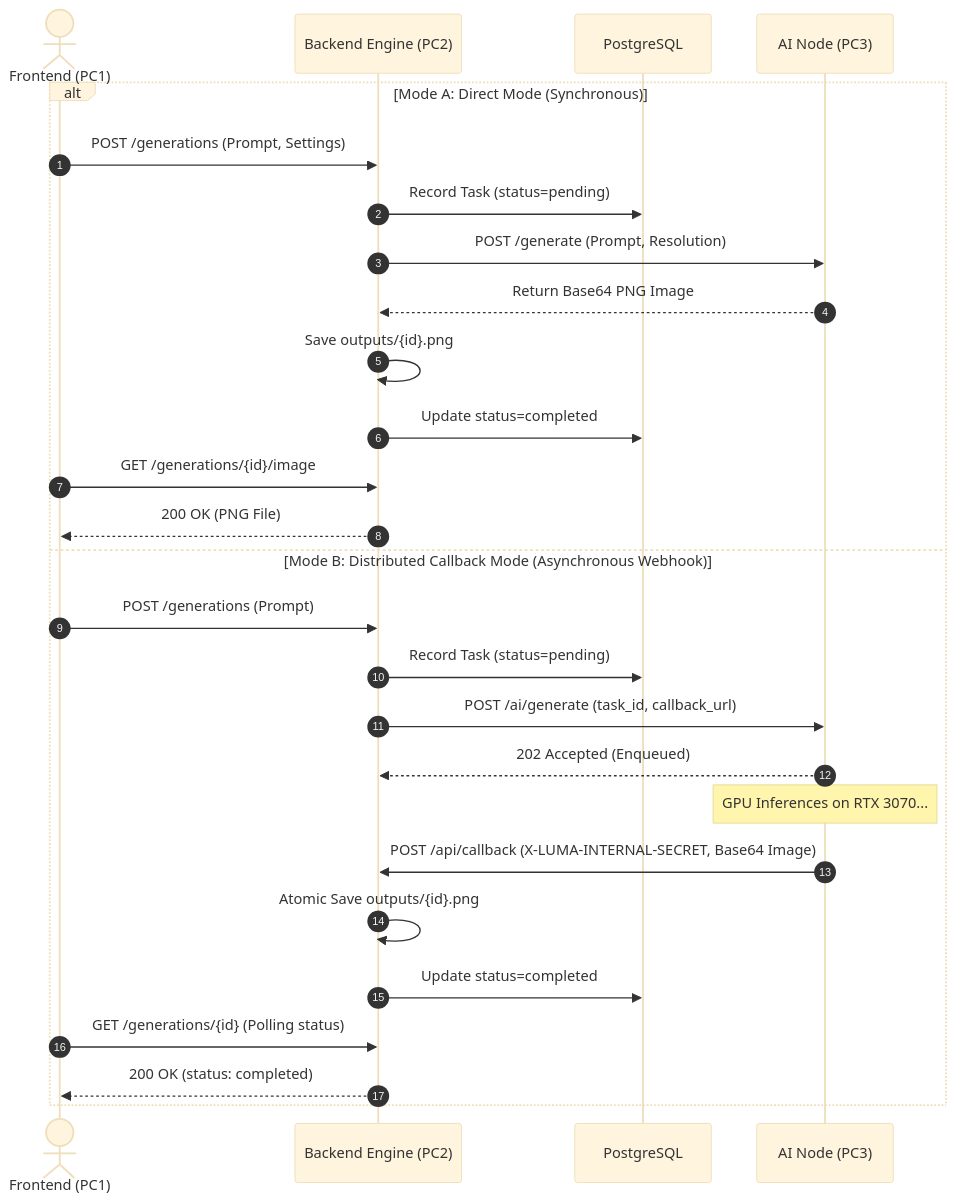
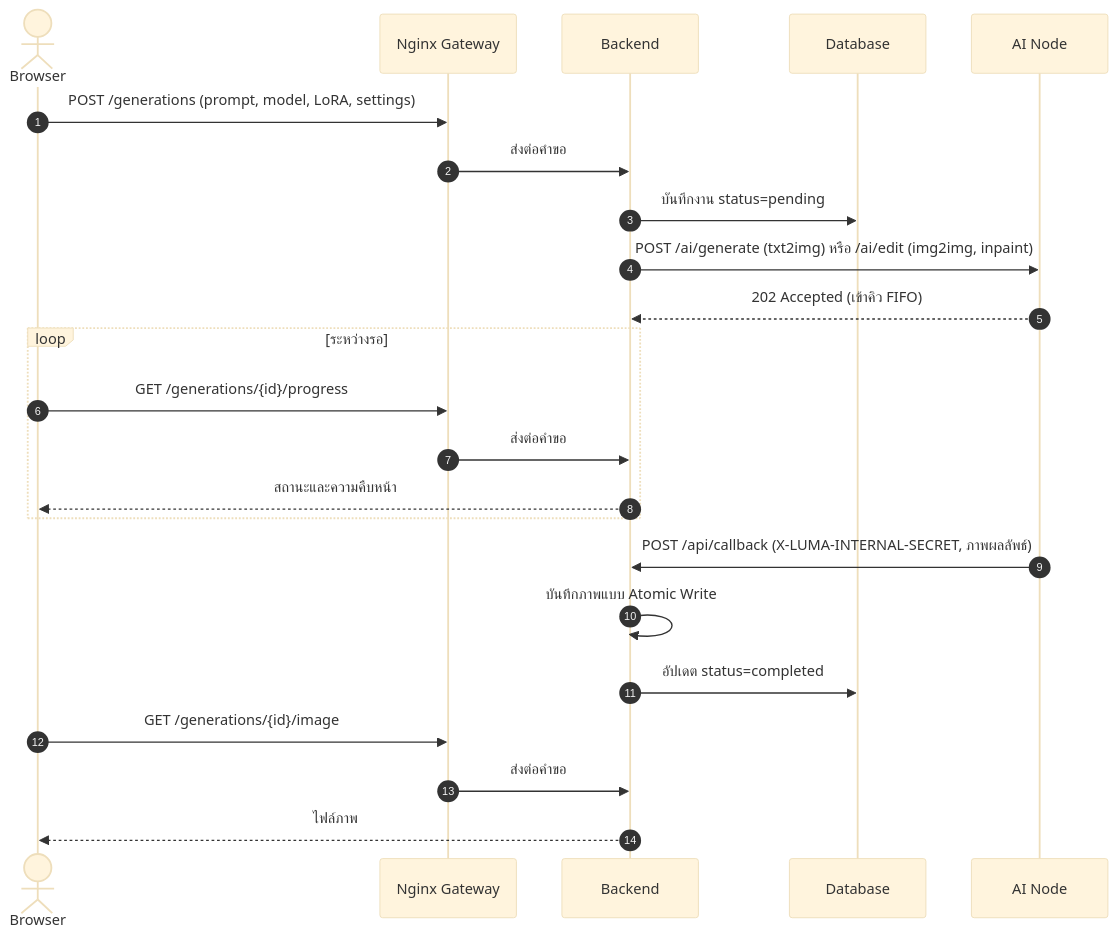
Before and after one commit to Pongkarm/Project_Luma_PKW: the second of 3 diagrams in README.md, drawn with Mermaid (base theme). The commit also changed other lines of this file and 3 other files, not shown here.

````diff
--- a/README.md
+++ b/README.md
@@ -53,30 +88,26 @@
 ```mermaid
 sequenceDiagram
     autonumber
-    actor Client as Frontend (PC1)
-    participant Backend as Backend Engine (PC2)
-    participant DB as PostgreSQL
-    participant AI as AI Node (PC3)
+    actor U as Browser
+    participant G as Nginx Gateway
+    participant B as Backend
+    participant D as Database
+    participant A as AI Node
 
-    alt Mode A: Direct Mode (Synchronous)
-        Client->>Backend: POST /generations (Prompt, Settings)
-        Backend->>DB: Record Task (status=pending)
-        Backend->>AI: POST /generate (Prompt, Resolution)
-        AI-->>Backend: Return Base64 PNG Image
-        Backend->>Backend: Save outputs/{id}.png
-        Backend->>DB: Update status=completed
-        Client->>Backend: GET /generations/{id}/image
-        Backend-->>Client: 200 OK (PNG File)
-    else Mode B: Distributed Callback Mode (Asynchronous Webhook)
-        Client->>Backend: POST /generations (Prompt)
-        Backend->>DB: Record Task (status=pending)
-        Backend->>AI: POST /ai/generate (task_id, callback_url)
-        AI-->>Backend: 202 Accepted (Enqueued)
-        Note over AI: GPU Inferences on RTX 3070...
-        AI->>Backend: POST /api/callback (X-LUMA-INTERNAL-SECRET, Base64 Image)
-        Backend->>Backend: Atomic Save outputs/{id}.png
-        Backend->>DB: Update status=completed
-        Client->>Backend: GET /generations/{id} (Polling status)
-        Backend-->>Client: 200 OK (status: completed)
+    U->>G: POST /generations (prompt, model, LoRA, settings)
+    G->>B: ส่งต่อคำขอ
+    B->>D: บันทึกงาน status=pending
+    B->>A: POST /ai/generate (txt2img) หรือ /ai/edit (img2img, inpaint)
+    A-->>B: 202 Accepted (เข้าคิว FIFO)
+    loop ระหว่างรอ
+        U->>G: GET /generations/{id}/progress
+        G->>B: ส่งต่อคำขอ
+        B-->>U: สถานะและความคืบหน้า
     end
+    A->>B: POST /api/callback (X-LUMA-INTERNAL-SECRET, ภาพผลลัพธ์)
+    B->>B: บันทึกภาพแบบ Atomic Write
+    B->>D: อัปเดต status=completed
+    U->>G: GET /generations/{id}/image
+    G->>B: ส่งต่อคำขอ
+    B-->>U: ไฟล์ภาพ
 ```
````
